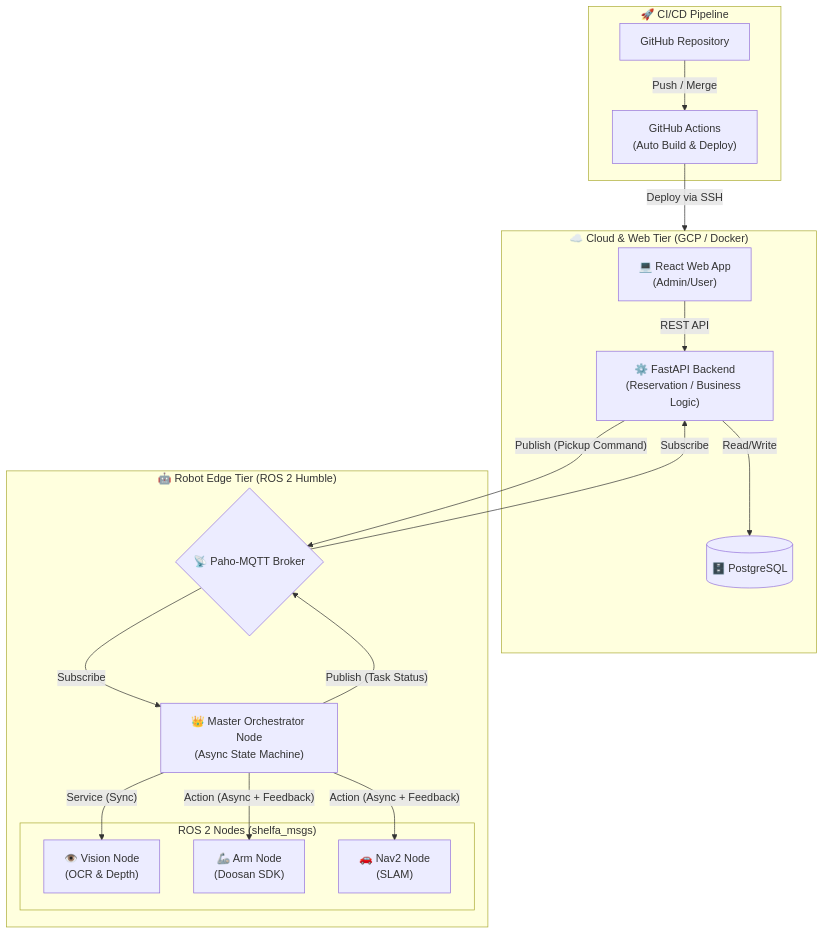
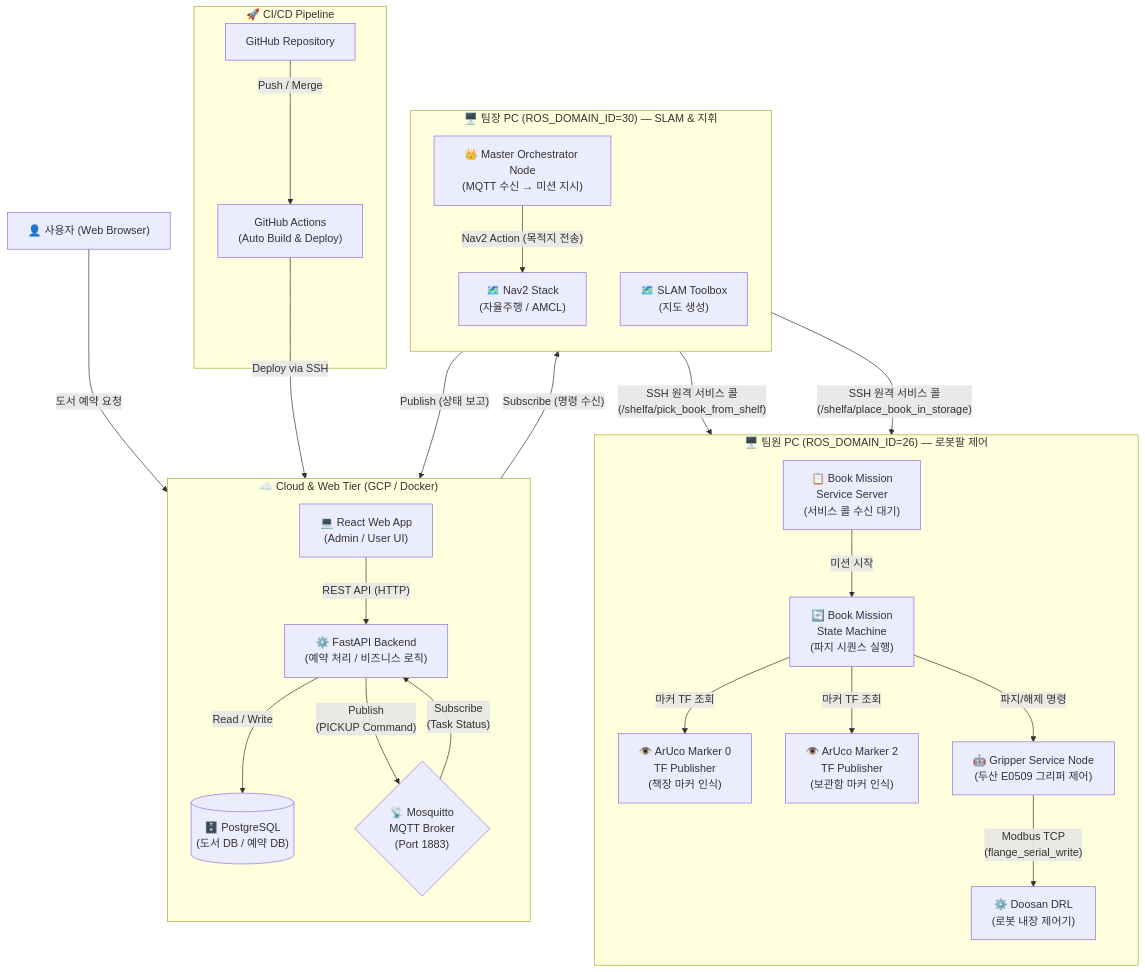
One commit to MinsikPark7895/Shelfa changed the diagram in README.md. Above: the diagram before and after it, drawn with Mermaid. The commit also changed other lines of this file, not shown here.

Commit message:
docs: README.md 전면 재작성 (아키텍처 Mermaid, 실행 시퀀스, 트러블슈팅 추가)

````diff
--- a/README.md
+++ b/README.md
@@ -38,45 +30,62 @@
 ```mermaid
 graph TD
-    %% CI/CD Pipeline
+    %% ── 사용자 레이어 ──
+    User["👤 사용자 (Web Browser)"]
+
+    %% ── CI/CD Pipeline ──
     subgraph CICD["🚀 CI/CD Pipeline"]
         Github["GitHub Repository"]
-        Actions["GitHub Actions<br>(Auto Build & Deploy)"]
-        
+        Actions["GitHub Actions\n(Auto Build & Deploy)"]
         Github -- "Push / Merge" --> Actions
     end
 
-    %% Cloud / Web Tier
+    %% ── 클라우드 레이어 ──
     subgraph Cloud["☁️ Cloud & Web Tier (GCP / Docker)"]
-        React["💻 React Web App<br>(Admin/User)"]
-        FastAPI["⚙️ FastAPI Backend<br>(Reservation / Business Logic)"]
-        Postgres[(🗄️ PostgreSQL)]
-        
-        React -- "REST API" --> FastAPI
-        FastAPI -- "Read/Write" --> Postgres
+        direction TB
+        React["💻 React Web App\n(Admin / User UI)"]
+        FastAPI["⚙️ FastAPI Backend\n(예약 처리 / 비즈니스 로직)"]
+        Postgres[("🗄️ PostgreSQL\n(도서 DB / 예약 DB)")]
+        MQTTBroker{"📡 Mosquitto\nMQTT Broker\n(Port 1883)"}
+
+        React -- "REST API (HTTP)" --> FastAPI
+        FastAPI -- "Read / Write" --> Postgres
+        FastAPI -- "Publish\n(PICKUP Command)" --> MQTTBroker
+        MQTTBroker -- "Subscribe\n(Task Status)" --> FastAPI
     end
-    
-    %% Deployment flow
+
     Actions -- "Deploy via SSH" --> Cloud
+    User -- "도서 예약 요청" --> React
 
-    %% Edge / Robot Tier
-    subgraph Edge["🤖 Robot Edge Tier (ROS 2 Humble)"]
-        MQTT{"📡 Paho-MQTT Broker"}
-        Master["👑 Master Orchestrator Node<br>(Async State Machine)"]
-        
-        subgraph Slaves[" ROS 2 Nodes (shelfa_msgs)"]
-            Vision["👁️ Vision Node<br>(OCR & Depth)"]
-            Arm["🦾 Arm Node<br>(Doosan SDK)"]
-            Nav["🚗 Nav2 Node<br>(SLAM)"]
-        end
-        
-        Master -- "Service (Sync)" --> Vision
-        Master -- "Action (Async + Feedback)" --> Arm
-        Master -- "Action (Async + Feedback)" --> Nav
+    %% ── 로봇 엣지 레이어 (팀장 PC - SLAM 담당) ──
+    subgraph Leader["🖥️ 팀장 PC (ROS_DOMAIN_ID=30) — SLAM & 지휘"]
+        direction TB
+        Master["👑 Master Orchestrator Node\n(MQTT 수신 → 미션 지시)"]
+        Nav2["🗺️ Nav2 Stack\n(자율주행 / AMCL)"]
+        SLAM["🗺️ SLAM Toolbox\n(지도 생성)"]
+
+        Master -- "Nav2 Action (목적지 전송)" --> Nav2
     end
-    
-    %% Communication Flow
-    FastAPI -- "Publish (Pickup Command)" --> MQTT
-    MQTT -- "Subscribe" --> Master
-    Master -- "Publish (Task Status)" --> MQTT
-    MQTT -- "Subscribe" --> FastAPI
+
+    MQTTBroker -- "Subscribe (명령 수신)" --> Master
+    Master -- "Publish (상태 보고)" --> MQTTBroker
+
+    %% ── 로봇 엣지 레이어 (팀원 PC - 로봇팔 담당) ──
+    subgraph Teammate["🖥️ 팀원 PC (ROS_DOMAIN_ID=26) — 로봇팔 제어"]
+        direction TB
+        MissionServer["📋 Book Mission\nService Server\n(서비스 콜 수신 대기)"]
+        StateMachine["🔄 Book Mission\nState Machine\n(파지 시퀀스 실행)"]
+        ArUco0["👁️ ArUco Marker 0\nTF Publisher\n(책장 마커 인식)"]
+        ArUco2["👁️ ArUco Marker 2\nTF Publisher\n(보관함 마커 인식)"]
+        Gripper["🤖 Gripper Service Node\n(두산 E0509 그리퍼 제어)"]
+        DRL["⚙️ Doosan DRL\n(로봇 내장 제어기)"]
+
+        MissionServer -- "미션 시작" --> StateMachine
+        StateMachine -- "마커 TF 조회" --> ArUco0
+        StateMachine -- "마커 TF 조회" --> ArUco2
+        StateMachine -- "파지/해제 명령" --> Gripper
+        Gripper -- "Modbus TCP\n(flange_serial_write)" --> DRL
+    end
+
+    Master -- "SSH 원격 서비스 콜\n(/shelfa/pick_book_from_shelf)" --> MissionServer
+    Master -- "SSH 원격 서비스 콜\n(/shelfa/place_book_in_storage)" --> MissionServer
 ```
````
